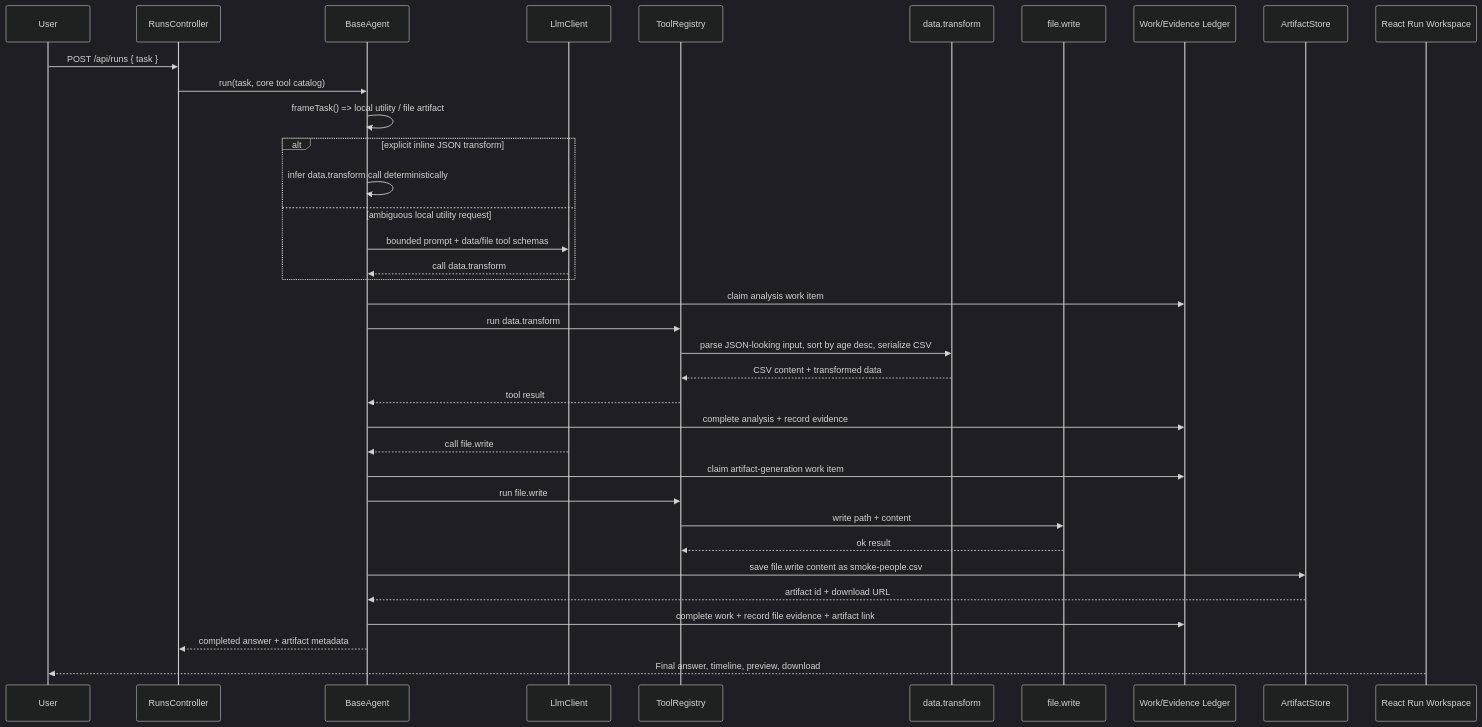
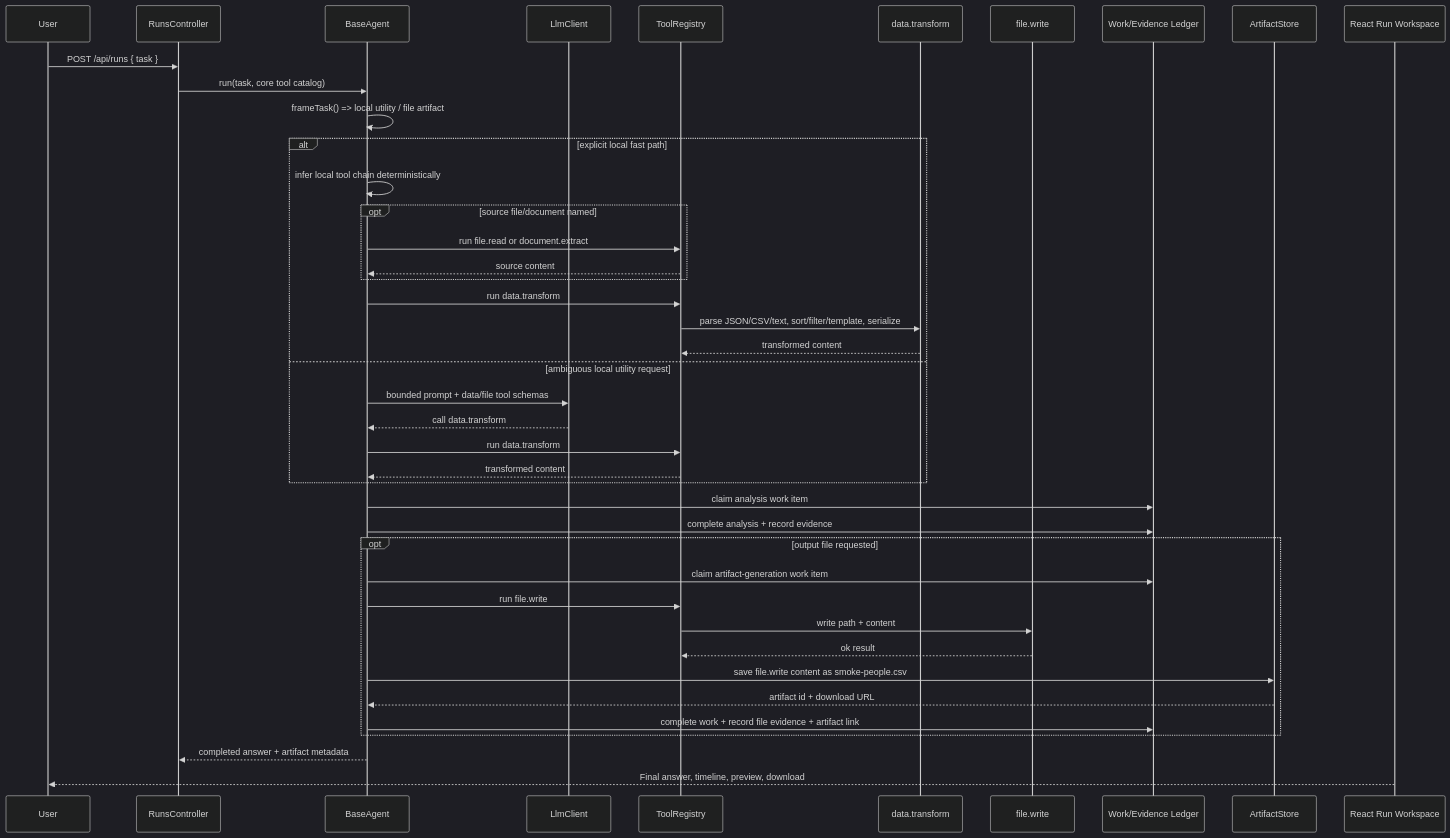
One commit to ruler47/agentic changed the third of 4 diagrams in docs/current-architecture.md. Above: the diagram before and after it, drawn with Mermaid (dark theme). The commit also changed other lines of this file and 6 other files, not shown here.

Commit message:
Extend local utility fast path

````diff
--- a/docs/current-architecture.md
+++ b/docs/current-architecture.md
@@ -170,39 +170,45 @@
 ```mermaid
 sequenceDiagram
   participant User
   participant API as RunsController
   participant Agent as BaseAgent
   participant LLM as LlmClient
   participant Tools as ToolRegistry
   participant Data as data.transform
   participant File as file.write
   participant Ledger as Work/Evidence Ledger
   participant Artifacts as ArtifactStore
   participant UI as React Run Workspace
 
   User->>API: POST /api/runs { task }
   API->>Agent: run(task, core tool catalog)
   Agent->>Agent: frameTask() => local utility / file artifact
-  alt explicit inline JSON transform
-    Agent->>Agent: infer data.transform call deterministically
+  alt explicit local fast path
+    Agent->>Agent: infer local tool chain deterministically
+    opt source file/document named
+      Agent->>Tools: run file.read or document.extract
+      Tools-->>Agent: source content
+    end
+    Agent->>Tools: run data.transform
+    Tools->>Data: parse JSON/CSV/text, sort/filter/template, serialize
+    Data-->>Tools: transformed content
   else ambiguous local utility request
     Agent->>LLM: bounded prompt + data/file tool schemas
     LLM-->>Agent: call data.transform
+    Agent->>Tools: run data.transform
+    Tools-->>Agent: transformed content
   end
   Agent->>Ledger: claim analysis work item
-  Agent->>Tools: run data.transform
-  Tools->>Data: parse JSON-looking input, sort by age desc, serialize CSV
-  Data-->>Tools: CSV content + transformed data
-  Tools-->>Agent: tool result
   Agent->>Ledger: complete analysis + record evidence
-  LLM-->>Agent: call file.write
-  Agent->>Ledger: claim artifact-generation work item
-  Agent->>Tools: run file.write
-  Tools->>File: write path + content
-  File-->>Tools: ok result
-  Agent->>Artifacts: save file.write content as smoke-people.csv
-  Artifacts-->>Agent: artifact id + download URL
-  Agent->>Ledger: complete work + record file evidence + artifact link
+  opt output file requested
+    Agent->>Ledger: claim artifact-generation work item
+    Agent->>Tools: run file.write
+    Tools->>File: write path + content
+    File-->>Tools: ok result
+    Agent->>Artifacts: save file.write content as smoke-people.csv
+    Artifacts-->>Agent: artifact id + download URL
+    Agent->>Ledger: complete work + record file evidence + artifact link
+  end
   Agent-->>API: completed answer + artifact metadata
   UI-->>User: Final answer, timeline, preview, download
 ```
````
